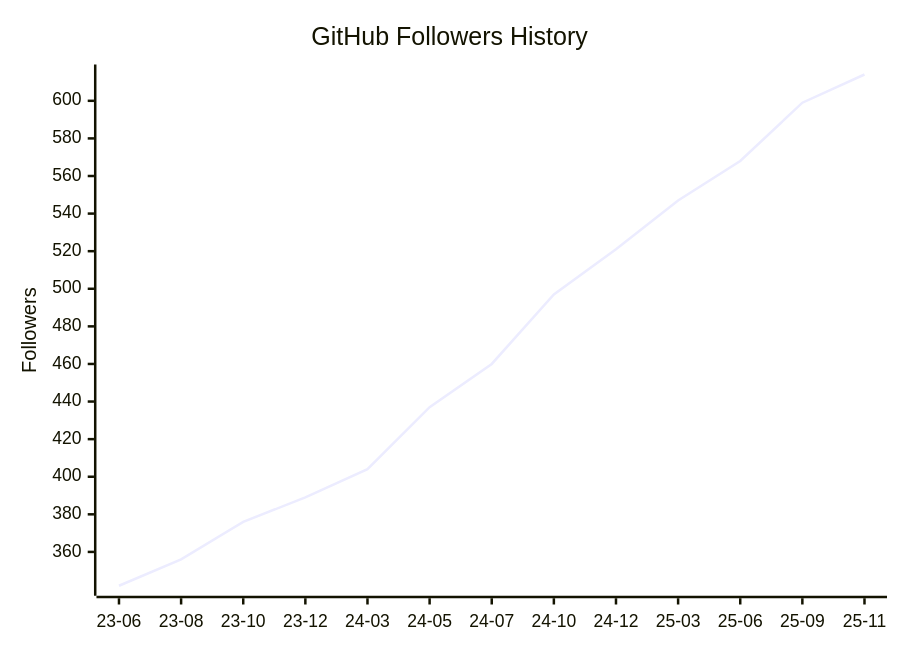
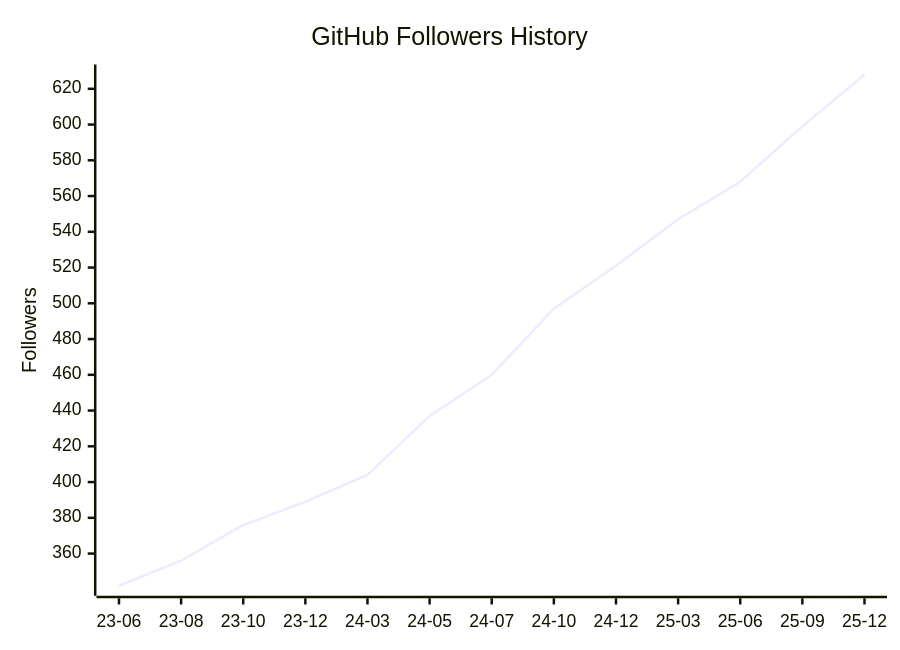
The diagram in README.md (yutkat/yutkat), drawn with Mermaid before and after one commit. The commit also changed 1 other file, not shown here.

Commit message:
generated

````diff
--- a/README.md
+++ b/README.md
@@ -199,7 +199,7 @@
 ```mermaid
 xychart-beta
   title "GitHub Followers History"
-  x-axis ["23-06","23-08","23-10","23-12","24-03","24-05","24-07","24-10","24-12","25-03","25-06","25-09","25-11"]
+  x-axis ["23-06","23-08","23-10","23-12","24-03","24-05","24-07","24-10","24-12","25-03","25-06","25-09","25-12"]
   y-axis "Followers"
-  line [342,356,376,389,404,437,460,497,521,547,568,599,614]
+  line [342,356,376,389,404,437,460,497,521,547,568,599,628]
 ```
````
